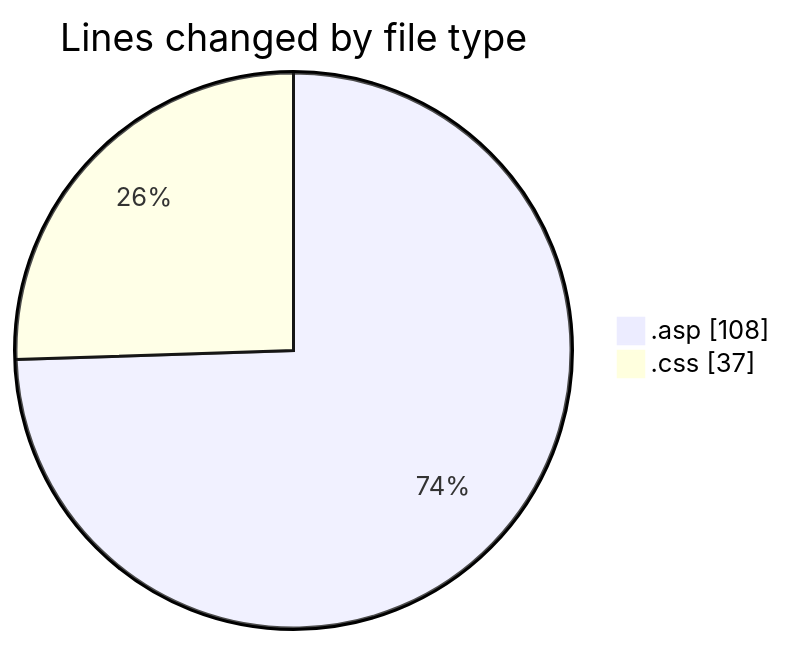
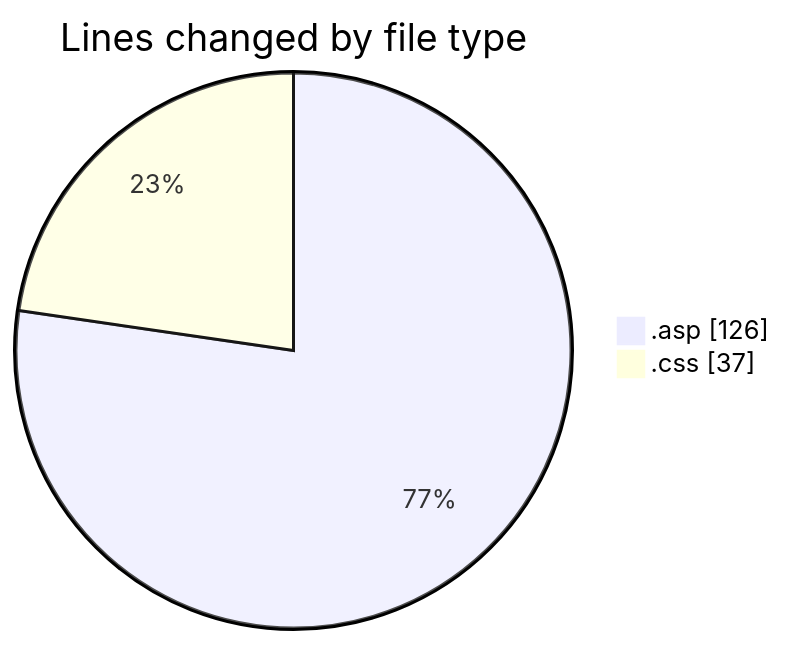
Before and after one commit to julien-gomy/code-tracking: the first of 2 diagrams in 2025-11-02/cdp_aleoudev_fr__workspace_/README.md, drawn with Mermaid. The commit also changed other lines of this file and 1 other file, not shown here.

````diff
--- a/2025-11-02/cdp_aleoudev_fr__workspace_/README.md
+++ b/2025-11-02/cdp_aleoudev_fr__workspace_/README.md
@@ -23,6 +23,6 @@
 ```mermaid
 pie showData
 title Lines changed by file type
-".asp" : 108
+".asp" : 126
 ".css" : 37
 ```
````
